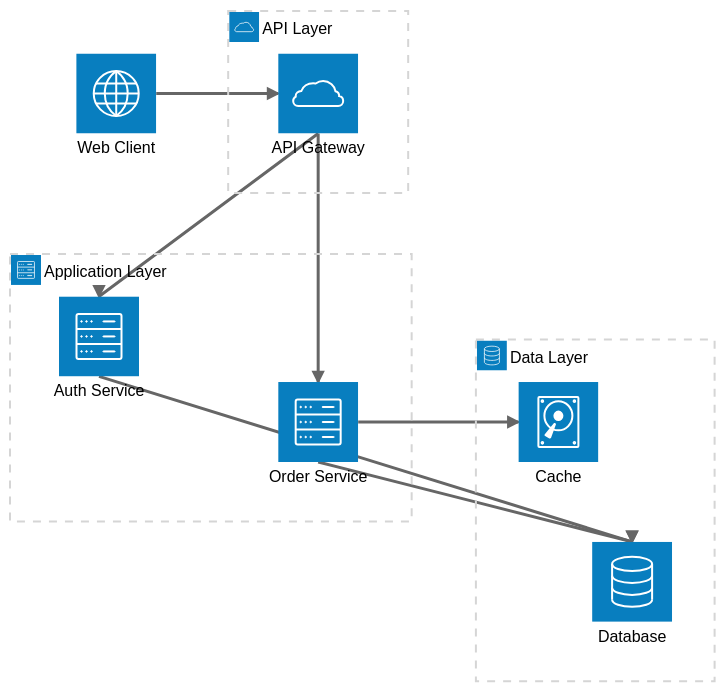
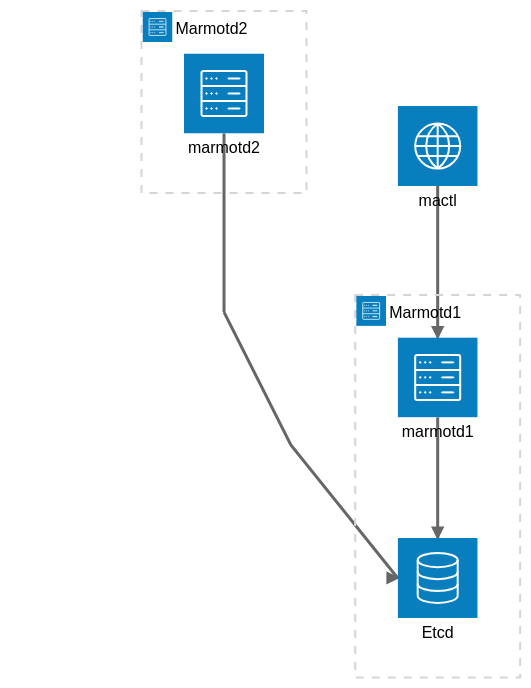
One commit to takara9/marmot changed the diagram in docs/MEMO-hvcluster.md. Above: the diagram before and after it, drawn with Mermaid (neutral theme). The commit also changed other lines of this file, not shown here.

Commit message:
図追加

````diff
--- a/docs/MEMO-hvcluster.md
+++ b/docs/MEMO-hvcluster.md
@@ -62,20 +52,19 @@
 ```mermaid
 architecture-beta
-    group api(cloud)[API Layer]
-    group app(server)[Application Layer]
-    group data(database)[Data Layer]
-    
-    service web(internet)[Web Client] 
-    service gateway(cloud)[API Gateway] in api
-    service auth(server)[Auth Service] in app
-    service order(server)[Order Service] in app
-    service db(database)[Database] in data
-    service cache(disk)[Cache] in data
-    
-    web:R --> L:gateway
-    gateway:B --> T:auth
-    gateway:B --> T:order
-    auth:B --> T:db
-    order:B --> T:db
-    order:R --> L:cache
+    service mactl(internet)[mactl] 
+
+    group api1(server)[Marmotd1]
+    group api2(server)[Marmotd2]
+
+    service marmotd1(server)[marmotd1] in api1
+    service marmotd2(server)[marmotd2] in api2
+    service etcd(database)[Etcd] in api1
+
+    junction x0
+    junction x1
+
+    mactl:B --> T:marmotd1
+    marmotd1:B --> T:etcd
+    marmotd2:B -- T:x1
+    x1:L --> L:etcd
 ```
````
